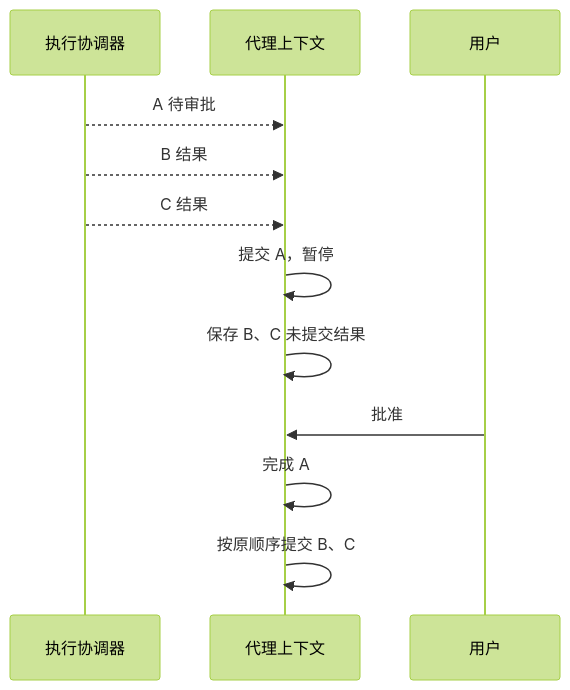
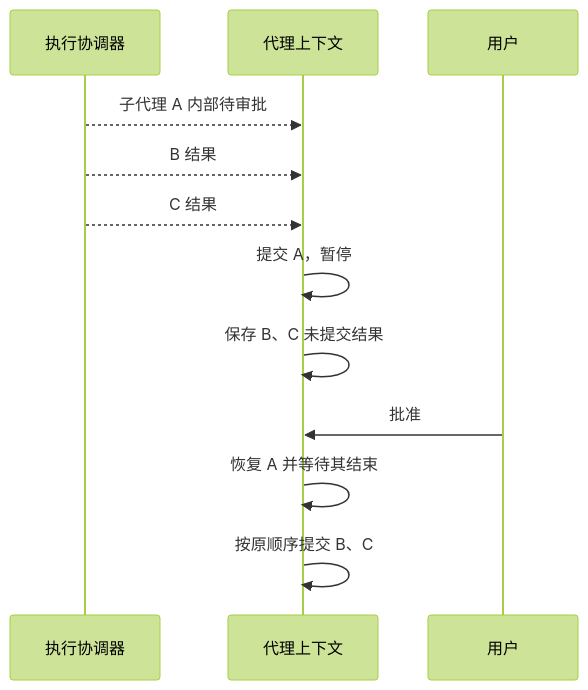
One commit to Arthur999459up/GitAgent changed the eighth of 12 diagrams in docs/04-execution-and-concurrency.md. Above: the diagram before and after it, drawn with Mermaid (forest theme). The commit also changed other lines of this file and 15 other files, not shown here.

````diff
--- a/docs/04-execution-and-concurrency.md
+++ b/docs/04-execution-and-concurrency.md
@@ -275,15 +274,15 @@
 ```mermaid
 sequenceDiagram
     participant E as 执行协调器
     participant X as 代理上下文
     participant U as 用户
 
-    E-->>X: A 待审批
+    E-->>X: 子代理 A 内部待审批
     E-->>X: B 结果
     E-->>X: C 结果
     X->>X: 提交 A，暂停
     X->>X: 保存 B、C 未提交结果
     U->>X: 批准
-    X->>X: 完成 A
+    X->>X: 恢复 A 并等待其结束
     X->>X: 按原顺序提交 B、C
 ```
````
